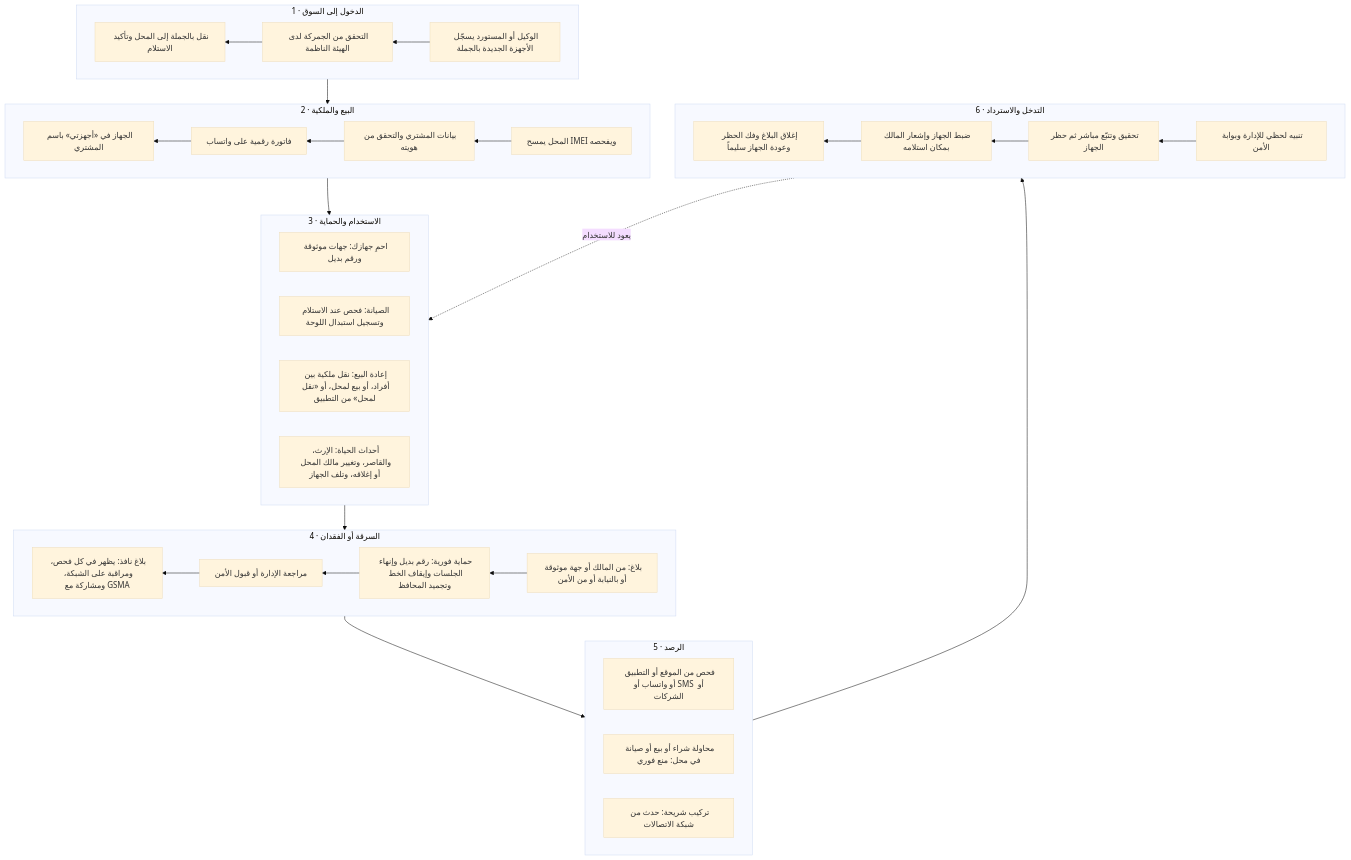
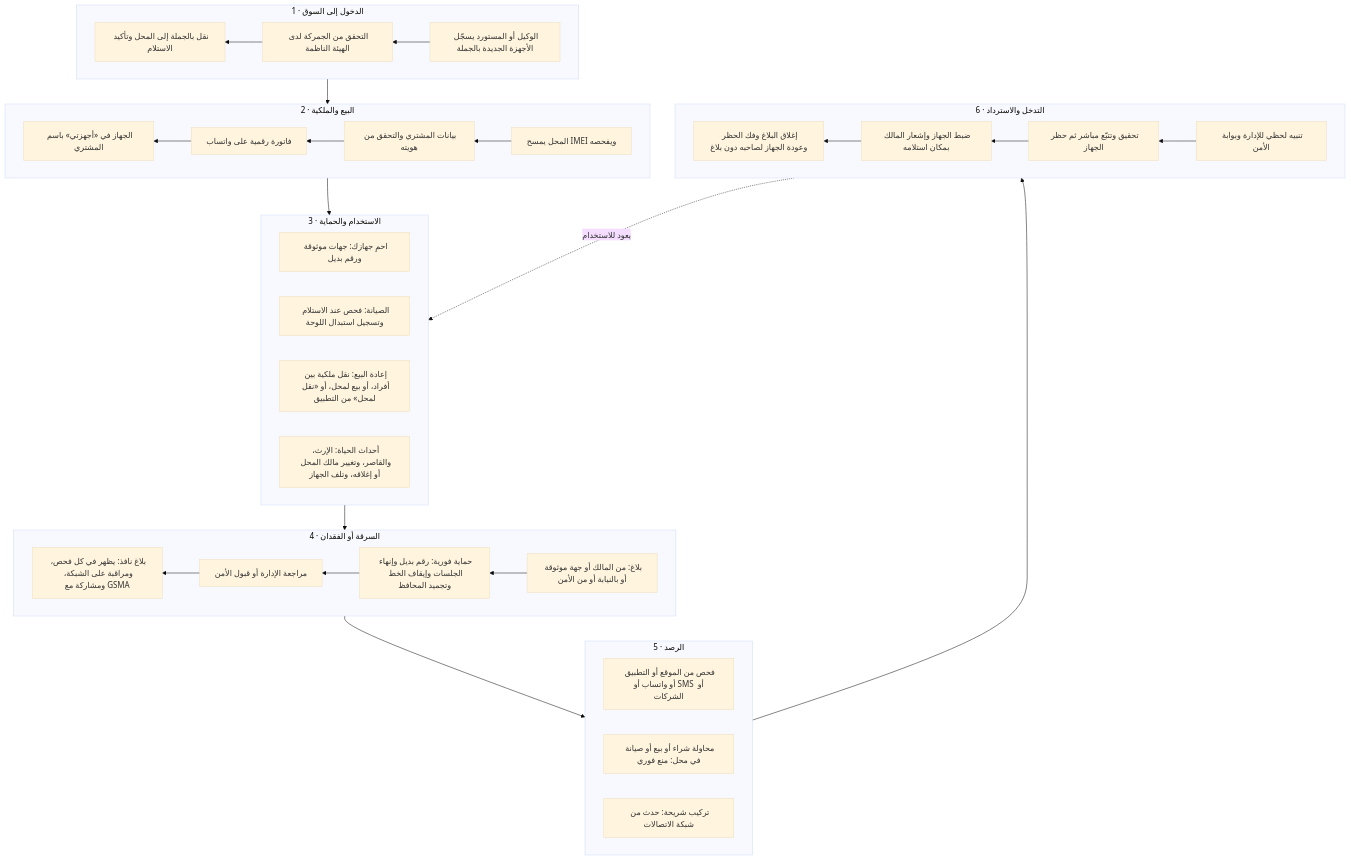
One commit to servacode/imei changed the first of 11 diagrams in docs/14-operational-lifecycle.md. Above: the diagram before and after it, drawn with Mermaid (base theme). The commit also changed 5 other files, not shown here.

````diff
--- a/docs/14-operational-lifecycle.md
+++ b/docs/14-operational-lifecycle.md
@@ -13,41 +13,41 @@
 ```mermaid
 flowchart TB
     subgraph P1 ["1 · الدخول إلى السوق"]
         direction RL
         A1["الوكيل أو المستورد يسجّل الأجهزة الجديدة بالجملة"] --> A2["التحقق من الجمركة لدى الهيئة الناظمة"]
         A2 --> A3["نقل بالجملة إلى المحل وتأكيد الاستلام"]
     end
     subgraph P2 ["2 · البيع والملكية"]
         direction RL
         B1["المحل يمسح IMEI ويفحصه"] --> B2["بيانات المشتري والتحقق من هويته"]
         B2 --> B3["فاتورة رقمية على واتساب"]
         B3 --> B4["الجهاز في «أجهزتي» باسم المشتري"]
     end
     subgraph P3 ["3 · الاستخدام والحماية"]
         direction RL
         C1["احمِ جهازك: جهات موثوقة ورقم بديل"]
         C2["الصيانة: فحص عند الاستلام وتسجيل استبدال اللوحة"]
         C3["إعادة البيع: نقل ملكية بين أفراد، أو بيع لمحل، أو «نقل لمحل» من التطبيق"]
         C4["أحداث الحياة: الإرث، والقاصر، وتغيير مالك المحل أو إغلاقه، وتلف الجهاز"]
     end
     subgraph P4 ["4 · السرقة أو الفقدان"]
         direction RL
         D1["بلاغ: من المالك أو جهة موثوقة أو بالنيابة أو من الأمن"] --> D2["حماية فورية: رقم بديل وإنهاء الجلسات وإيقاف الخط وتجميد المحافظ"]
         D2 --> D3["مراجعة الإدارة أو قبول الأمن"]
         D3 --> D4["بلاغ نافذ: يظهر في كل فحص، ومراقبة على الشبكة، ومشاركة مع GSMA"]
     end
     subgraph P5 ["5 · الرصد"]
         direction RL
         E1["فحص من الموقع أو التطبيق أو واتساب أو SMS أو الشركات"]
         E2["محاولة شراء أو بيع أو صيانة في محل: منع فوري"]
         E3["تركيب شريحة: حدث من شبكة الاتصالات"]
     end
     subgraph P6 ["6 · التدخل والاسترداد"]
         direction RL
         F1["تنبيه لحظي للإدارة وبوابة الأمن"] --> F2["تحقيق وتتبّع مباشر ثم حظر الجهاز"]
         F2 --> F3["ضبط الجهاز وإشعار المالك بمكان استلامه"]
-        F3 --> F4["إغلاق البلاغ وفك الحظر وعودة الجهاز سليماً"]
+        F3 --> F4["إغلاق البلاغ وفك الحظر وعودة الجهاز لصاحبه دون بلاغ"]
     end
     P1 --> P2 --> P3 --> P4 --> P5 --> P6
     F4 -. "يعود للاستخدام" .-> P3
 ```
````
